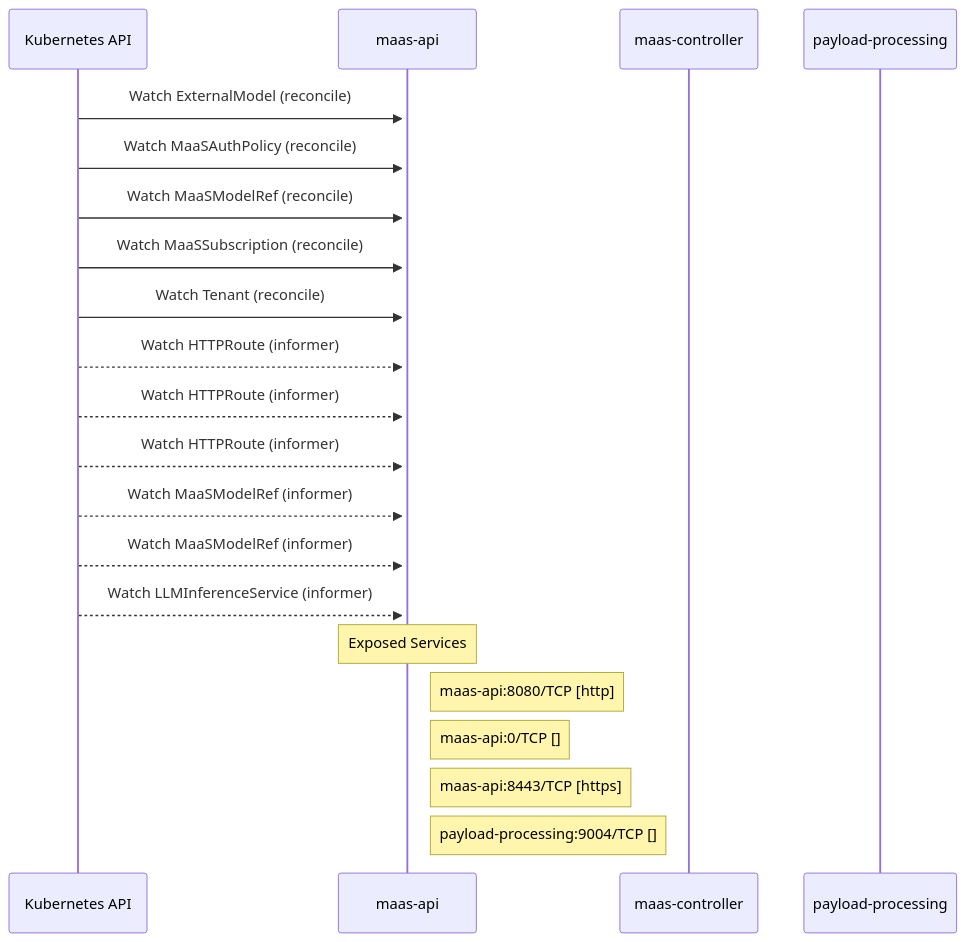
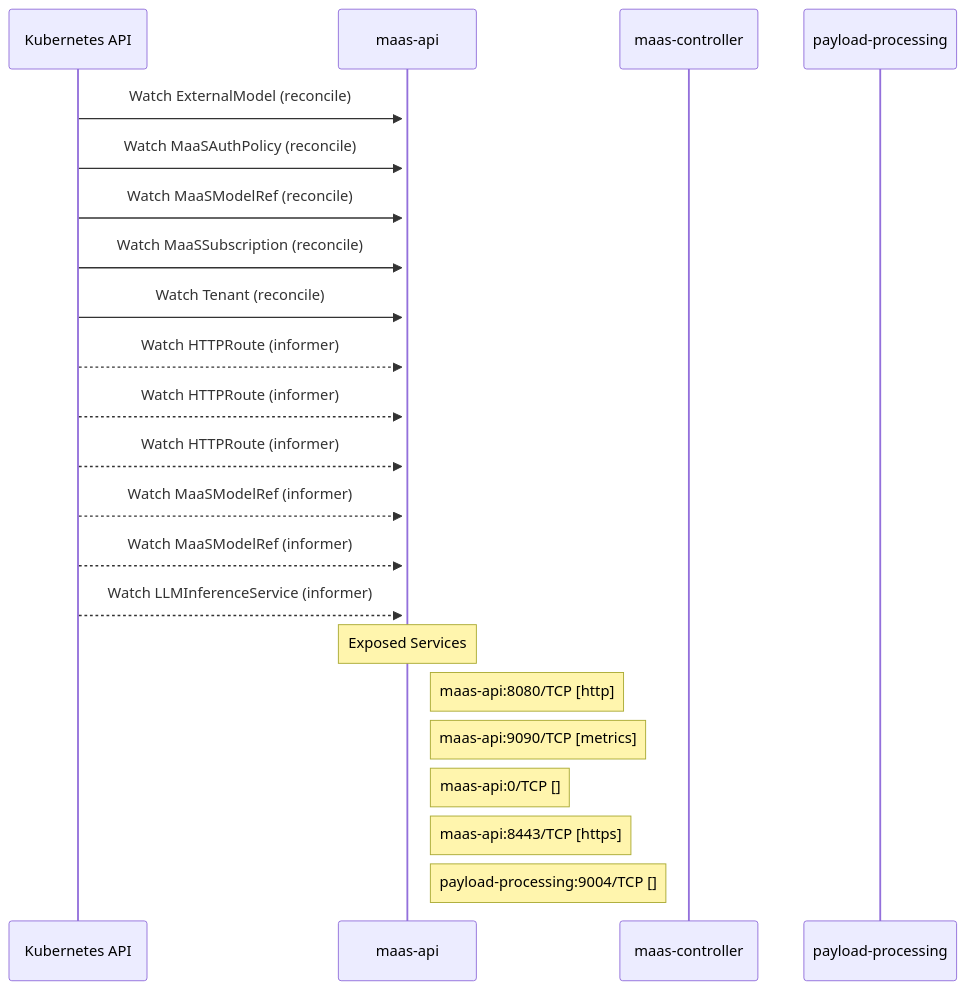
One commit to ugiordan/architecture-analyzer changed the diagram in site/docs/odh-platform/components/models_as_a_service/dataflow.md. Above: the diagram before and after it, drawn with Mermaid. The commit also changed other lines of this file and 299 other files, not shown here.

````diff
--- a/site/docs/odh-platform/components/models_as_a_service/dataflow.md
+++ b/site/docs/odh-platform/components/models_as_a_service/dataflow.md
@@ -25,27 +25,28 @@
 ```mermaid
 sequenceDiagram
     %% Static dataflow for models-as-a-service
 
     participant KubernetesAPI as Kubernetes API
     participant maas_api as maas-api
     participant maas_controller as maas-controller
     participant payload_processing as payload-processing
 
     KubernetesAPI->>+maas_api: Watch ExternalModel (reconcile)
     KubernetesAPI->>+maas_api: Watch MaaSAuthPolicy (reconcile)
     KubernetesAPI->>+maas_api: Watch MaaSModelRef (reconcile)
     KubernetesAPI->>+maas_api: Watch MaaSSubscription (reconcile)
     KubernetesAPI->>+maas_api: Watch Tenant (reconcile)
     KubernetesAPI-->>+maas_api: Watch HTTPRoute (informer)
     KubernetesAPI-->>+maas_api: Watch HTTPRoute (informer)
     KubernetesAPI-->>+maas_api: Watch HTTPRoute (informer)
     KubernetesAPI-->>+maas_api: Watch MaaSModelRef (informer)
     KubernetesAPI-->>+maas_api: Watch MaaSModelRef (informer)
     KubernetesAPI-->>+maas_api: Watch LLMInferenceService (informer)
 
     Note over maas_api: Exposed Services
     Note right of maas_api: maas-api:8080/TCP [http]
+    Note right of maas_api: maas-api:9090/TCP [metrics]
     Note right of maas_api: maas-api:0/TCP []
     Note right of maas_api: maas-api:8443/TCP [https]
     Note right of maas_api: payload-processing:9004/TCP []
 ```
````
